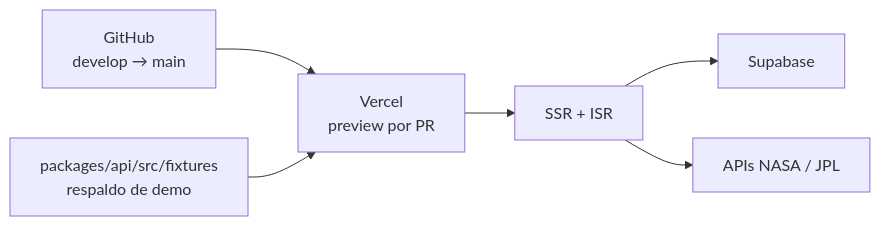
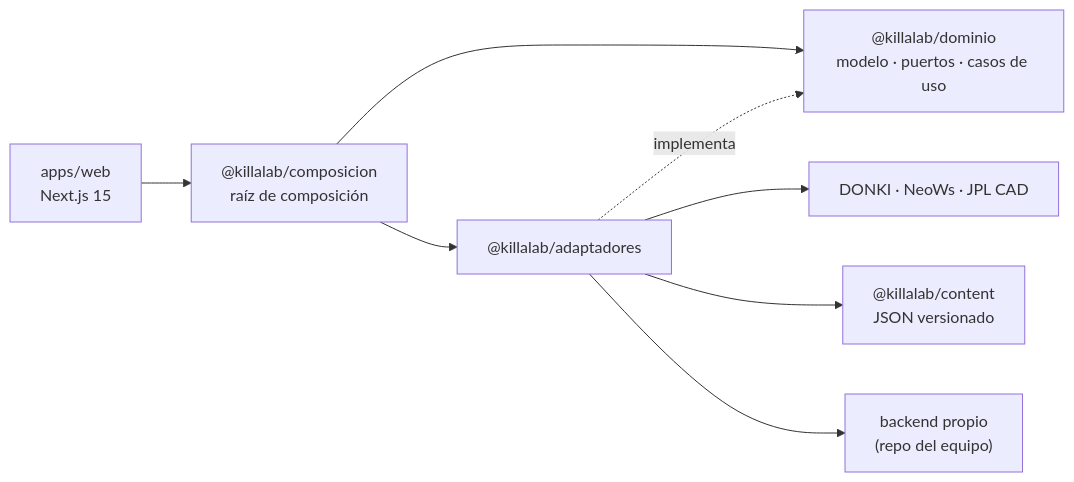
The diagram in docs/arquitectura.md (SoftTeam-BrodtHackaton/killafront), drawn with Mermaid before and after one commit. The commit also changed other lines of this file and 3 other files, not shown here.

````diff
--- a/docs/arquitectura.md
+++ b/docs/arquitectura.md
@@ -115,8 +7,10 @@
 ```mermaid
 flowchart LR
-  GH["GitHub<br/>develop → main"] --> VC["Vercel<br/>preview por PR"]
-  VC --> EDGE["SSR + ISR"]
-  EDGE --> SBX["Supabase"]
-  EDGE --> NASA["APIs NASA / JPL"]
-  FX["packages/api/src/fixtures<br/>respaldo de demo"] --> VC
+  web["apps/web<br/>Next.js 15"] --> comp["@killalab/composicion<br/>raíz de composición"]
+  comp --> dom["@killalab/dominio<br/>modelo · puertos · casos de uso"]
+  comp --> ada["@killalab/adaptadores"]
+  ada -.implementa.-> dom
+  ada --> nasa["DONKI · NeoWs · JPL CAD"]
+  ada --> json["@killalab/content<br/>JSON versionado"]
+  ada --> back["backend propio<br/>(repo del equipo)"]
 ```
````
